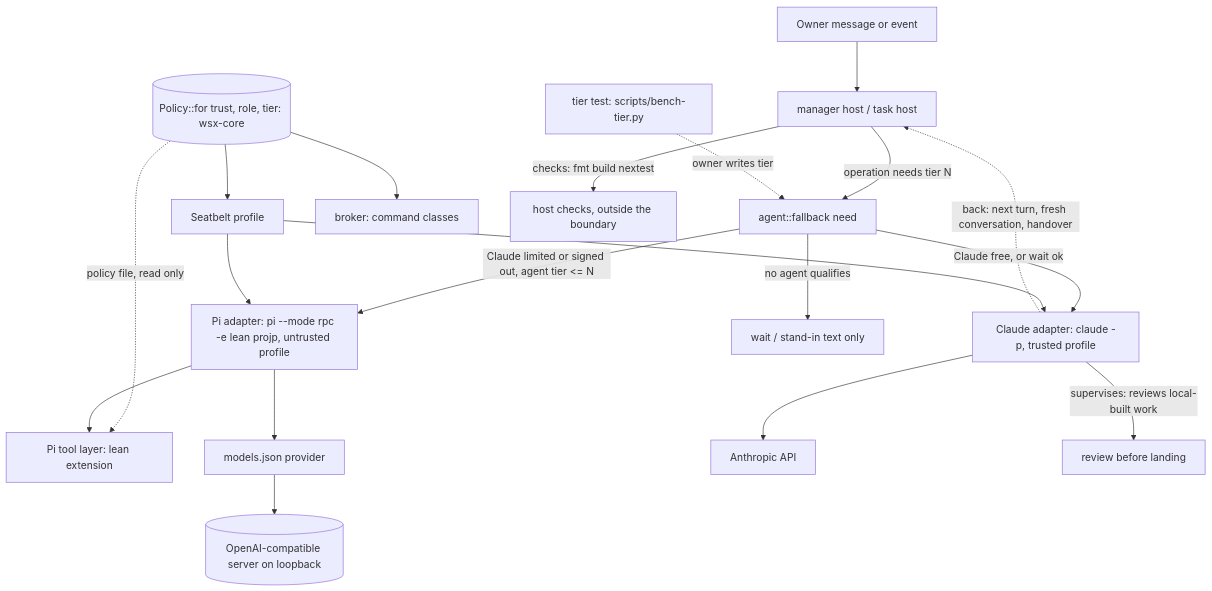
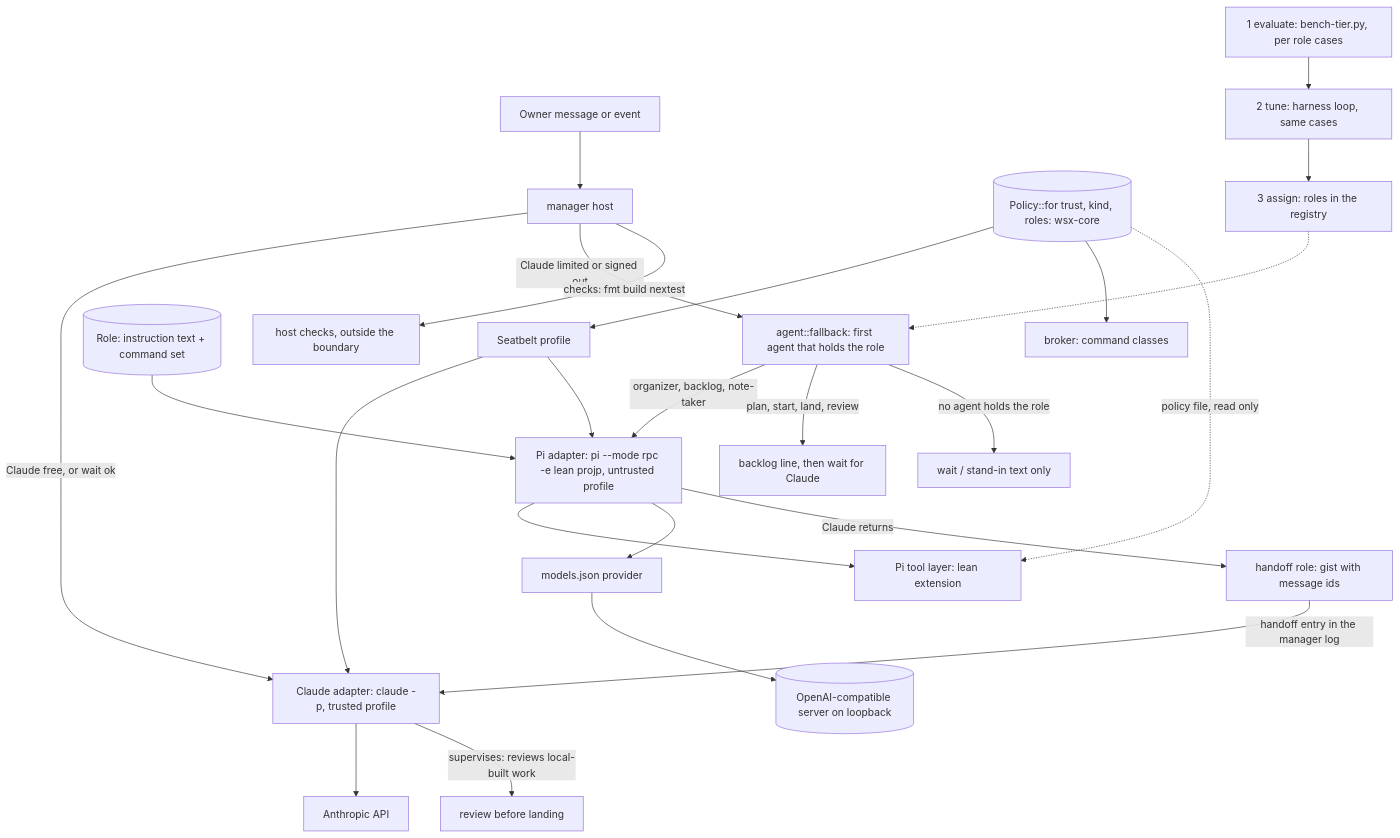
The diagram in docs/design/local-model-fallback.md (vlwkaos/wsx), drawn with Mermaid before and after one commit. The commit also changed other lines of this file, not shown here.

Commit message:
Design: fallback roles instead of tiers, strata reserved, evaluate then tune then assign

````diff
--- a/docs/design/local-model-fallback.md
+++ b/docs/design/local-model-fallback.md
@@ -20,21 +22,26 @@
 ```mermaid
 flowchart TD
-  O[Owner message or event] --> M[manager host / task host]
-  M -->|operation needs tier N| F[agent::fallback need]
-  F -->|Claude free, or wait ok| C[Claude adapter: claude -p, trusted profile]
-  F -->|Claude limited or signed out, agent tier <= N| P[Pi adapter: pi --mode rpc -e lean projp, untrusted profile]
-  F -->|no agent qualifies| W[wait / stand-in text only]
-  POL[(Policy::for trust, role, tier: wsx-core)] --> SB[Seatbelt profile]
-  POL --> BR[broker: command classes]
+  O[Owner message or event] --> M[manager host]
+  M -->|Claude free, or wait ok| C["Claude adapter: claude -p, trusted profile"]
+  M -->|Claude limited or signed out| F["agent::fallback: first agent that holds the role"]
+  F -->|organizer, backlog, note-taker| P["Pi adapter: pi --mode rpc -e lean projp, untrusted profile"]
+  F -->|plan, start, land, review| Q["backlog line, then wait for Claude"]
+  F -->|no agent holds the role| W["wait / stand-in text only"]
+  ROLE[("Role: instruction text + command set")] --> P
+  POL[("Policy::for trust, kind, roles: wsx-core")] --> SB[Seatbelt profile]
+  POL --> BR["broker: command classes"]
   POL -.->|policy file, read only| TL[Pi tool layer: lean extension]
   SB --> C
   SB --> P
   P --> TL
   P --> MJ[models.json provider]
-  MJ --> S[(OpenAI-compatible server on loopback)]
+  MJ --> S[("OpenAI-compatible server on loopback")]
   C --> API[Anthropic API]
-  M -->|checks: fmt build nextest| K[host checks, outside the boundary]
-  C -.->|back: next turn, fresh conversation, handover| M
+  P -->|Claude returns| H["handoff role: gist with message ids"]
+  H -->|handoff entry in the manager log| C
   C -->|supervises: reviews local-built work| R[review before landing]
-  B[tier test: scripts/bench-tier.py] -.->|owner writes tier| F
+  M -->|checks: fmt build nextest| K["host checks, outside the boundary"]
+  E["1 evaluate: bench-tier.py, per role cases"] --> T["2 tune: harness loop, same cases"]
+  T --> A["3 assign: roles in the registry"]
+  A -.-> F
 ```
````
